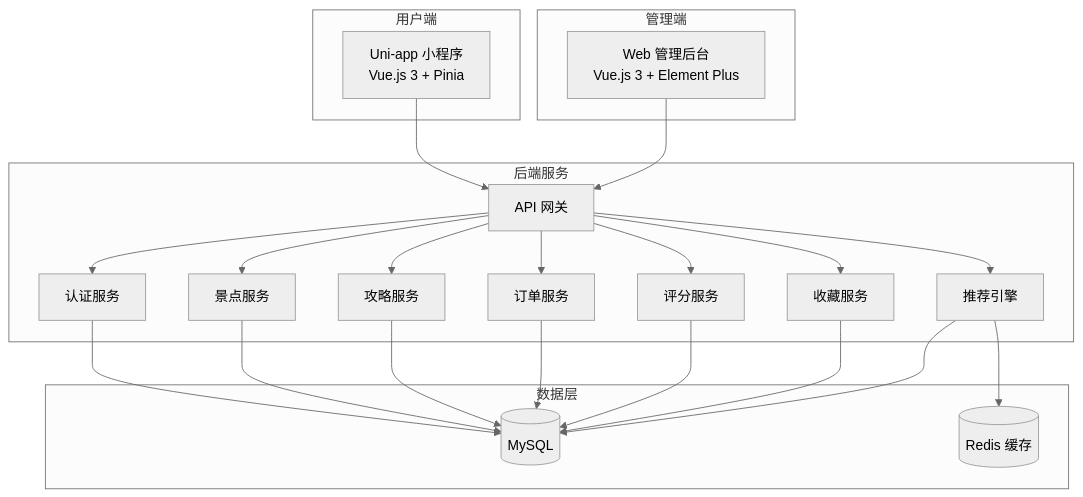
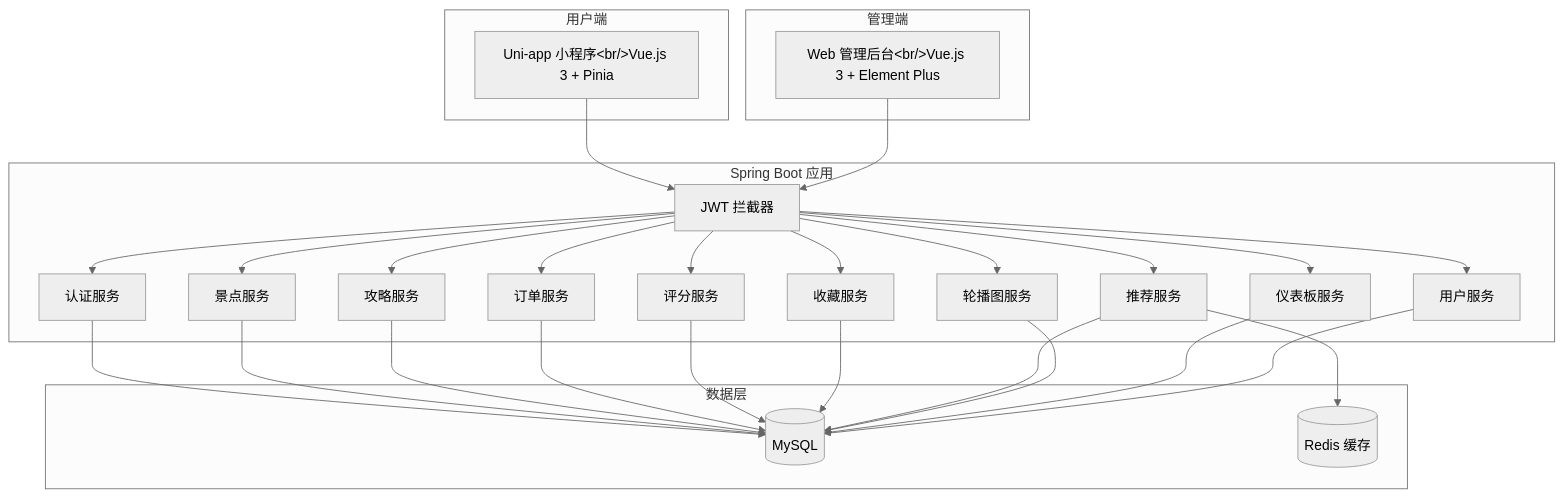
Before and after one commit to TheayX/WayTrip: the first of 7 diagrams in .kiro/specs/travel-recommendation-system/design.md, drawn with Mermaid (neutral theme). The commit also changed other lines of this file and 6 other files, not shown here.

````diff
--- a/.kiro/specs/travel-recommendation-system/design.md
+++ b/.kiro/specs/travel-recommendation-system/design.md
@@ -11,45 +11,54 @@
 ```mermaid
 graph TB
     subgraph 用户端
-        MP[Uni-app 小程序<br/>Vue.js 3 + Pinia]
+        MP["Uni-app 小程序&lt;br/&gt;Vue.js 3 + Pinia"]
     end
-    
+
     subgraph 管理端
-        WEB[Web 管理后台<br/>Vue.js 3 + Element Plus]
+        WEB["Web 管理后台&lt;br/&gt;Vue.js 3 + Element Plus"]
     end
-    
-    subgraph 后端服务
-        GW[API 网关]
+
+    subgraph "Spring Boot 应用"
+        INTERCEPTOR["JWT 拦截器"]
         AUTH[认证服务]
         SPOT[景点服务]
         GUIDE[攻略服务]
         ORDER[订单服务]
         RATING[评分服务]
         FAV[收藏服务]
-        REC[推荐引擎]
+        REC[推荐服务]
+        BANNER[轮播图服务]
+        DASHBOARD[仪表板服务]
+        USER[用户服务]
     end
-    
+
     subgraph 数据层
-        DB[(MySQL)]
-        CACHE[(Redis 缓存)]
+        DB[("MySQL")]
+        CACHE[("Redis 缓存")]
     end
-    
-    MP --> GW
-    WEB --> GW
-    GW --> AUTH
-    GW --> SPOT
-    GW --> GUIDE
-    GW --> ORDER
-    GW --> RATING
-    GW --> FAV
-    GW --> REC
-    
+
+    MP --> INTERCEPTOR
+    WEB --> INTERCEPTOR
+    INTERCEPTOR --> AUTH
+    INTERCEPTOR --> SPOT
+    INTERCEPTOR --> GUIDE
+    INTERCEPTOR --> ORDER
+    INTERCEPTOR --> RATING
+    INTERCEPTOR --> FAV
+    INTERCEPTOR --> REC
+    INTERCEPTOR --> BANNER
+    INTERCEPTOR --> DASHBOARD
+    INTERCEPTOR --> USER
+
     AUTH --> DB
     SPOT --> DB
     GUIDE --> DB
     ORDER --> DB
     RATING --> DB
     FAV --> DB
     REC --> DB
     REC --> CACHE
+    BANNER --> DB
+    DASHBOARD --> DB
+    USER --> DB
 ```
````
